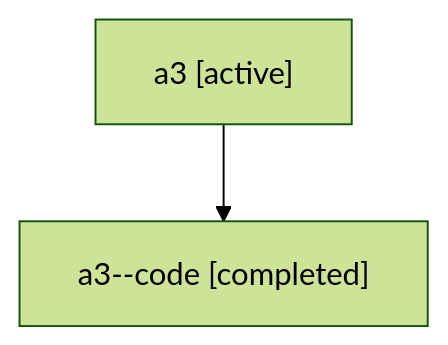
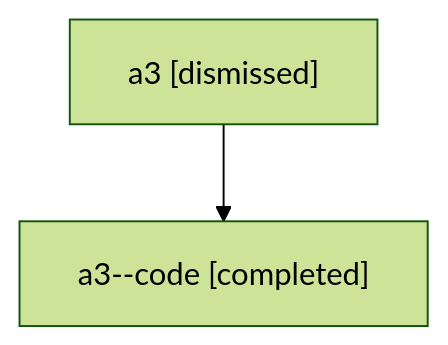
One commit to sase-org/sase--agents changed the diagram in sessions/bbugyi200.athena.a3.md. Above: the diagram before and after it, drawn with Mermaid (forest theme). The commit also changed other lines of this file and 35 other files, not shown here.

````diff
--- a/sessions/bbugyi200.athena.a3.md
+++ b/sessions/bbugyi200.athena.a3.md
@@ -9,6 +9,6 @@
 ```mermaid
 flowchart TD
-  n0["a3 [active]"]
+  n0["a3 [dismissed]"]
   n1["a3--code [completed]"]
   n0 --> n1
 ```
````
